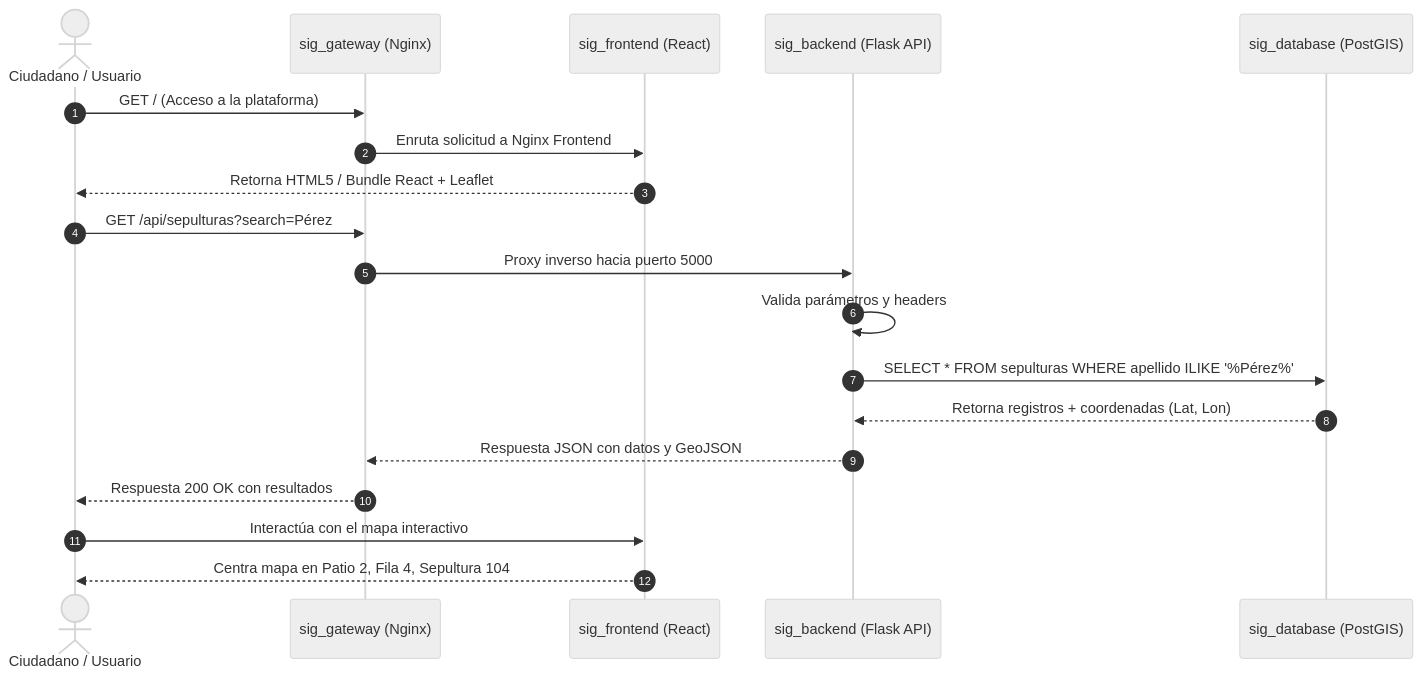
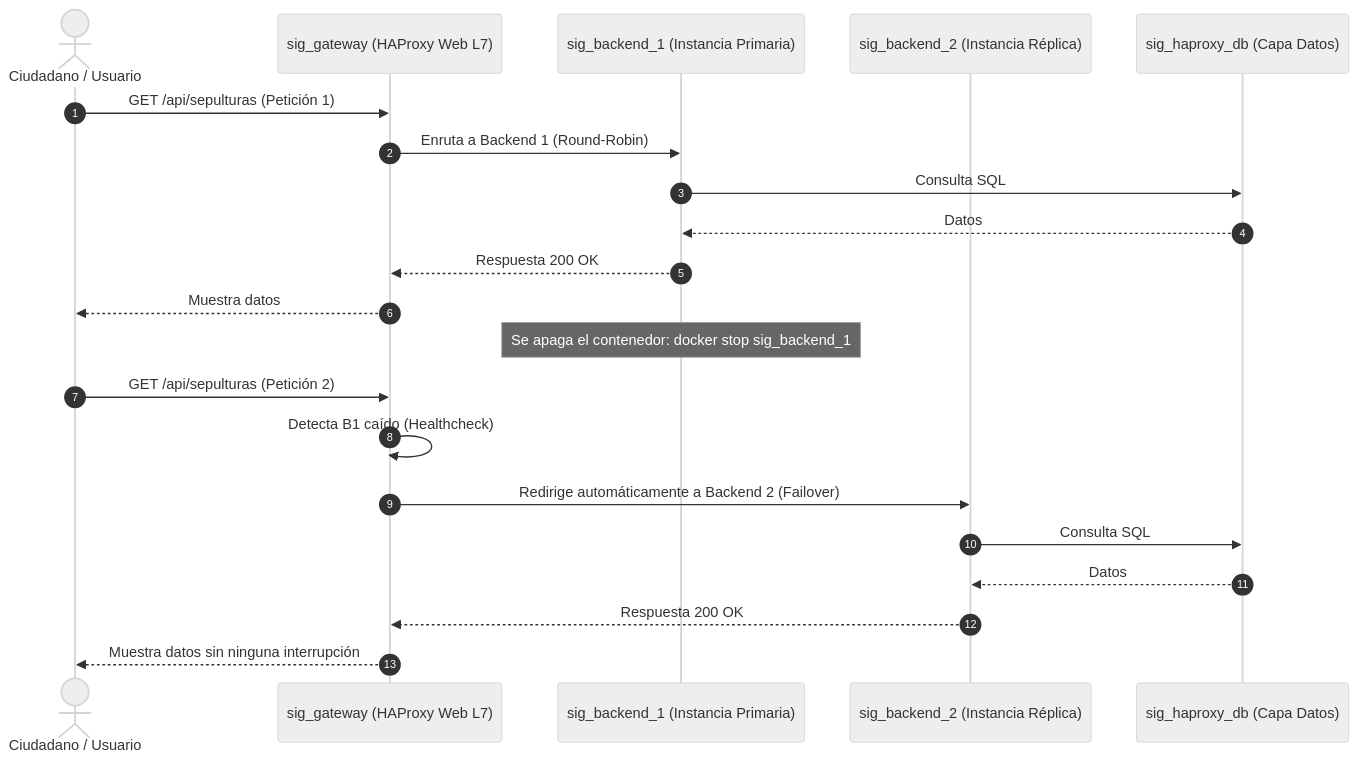
One commit to Nappie47/admin-proyecto changed the second of 2 diagrams in docs/diagramas/arquitectura.mermaid. Above: the diagram before and after it, drawn with Mermaid (neutral theme). The commit also changed other lines of this file and 23 other files, not shown here.

Commit message:
feat(ha): implementar alta disponibilidad completa con HAProxy L7/L4, replicas de app y BD

````diff
--- a/docs/diagramas/arquitectura.mermaid
+++ b/docs/diagramas/arquitectura.mermaid
@@ -52,24 +71,26 @@
 ```mermaid
 sequenceDiagram
     autonumber
     actor Usuario as Ciudadano / Usuario
-    participant GW as sig_gateway (Nginx)
-    participant FE as sig_frontend (React)
-    participant BE as sig_backend (Flask API)
-    participant DB as sig_database (PostGIS)
+    participant GW as sig_gateway (HAProxy Web L7)
+    participant B1 as sig_backend_1 (Instancia Primaria)
+    participant B2 as sig_backend_2 (Instancia Réplica)
+    participant DB as sig_haproxy_db (Capa Datos)
 
-    Usuario->>GW: GET / (Acceso a la plataforma)
-    GW->>FE: Enruta solicitud a Nginx Frontend
-    FE-->>Usuario: Retorna HTML5 / Bundle React + Leaflet
+    Usuario->>GW: GET /api/sepulturas (Petición 1)
+    GW->>B1: Enruta a Backend 1 (Round-Robin)
+    B1->>DB: Consulta SQL
+    DB-->>B1: Datos
+    B1-->>GW: Respuesta 200 OK
+    GW-->>Usuario: Muestra datos
 
-    Usuario->>GW: GET /api/sepulturas?search=Pérez
-    GW->>BE: Proxy inverso hacia puerto 5000
-    BE->>BE: Valida parámetros y headers
-    BE->>DB: SELECT * FROM sepulturas WHERE apellido ILIKE '%Pérez%'
-    DB-->>BE: Retorna registros + coordenadas (Lat, Lon)
-    BE-->>GW: Respuesta JSON con datos y GeoJSON
-    GW-->>Usuario: Respuesta 200 OK con resultados
+    Note over B1: Se apaga el contenedor: docker stop sig_backend_1
 
-    Usuario->>FE: Interactúa con el mapa interactivo
-    FE-->>Usuario: Centra mapa en Patio 2, Fila 4, Sepultura 104
+    Usuario->>GW: GET /api/sepulturas (Petición 2)
+    GW->>GW: Detecta B1 caído (Healthcheck)
+    GW->>B2: Redirige automáticamente a Backend 2 (Failover)
+    B2->>DB: Consulta SQL
+    DB-->>B2: Datos
+    B2-->>GW: Respuesta 200 OK
+    GW-->>Usuario: Muestra datos sin ninguna interrupción
 ```
````
